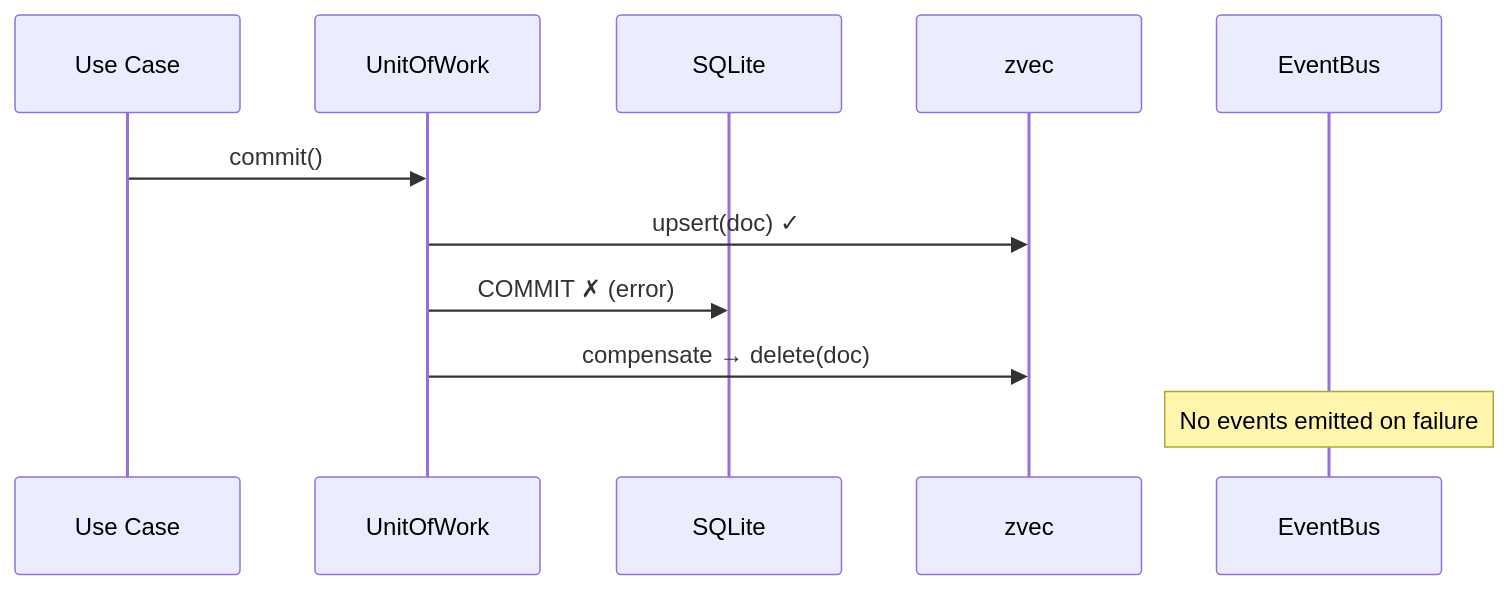
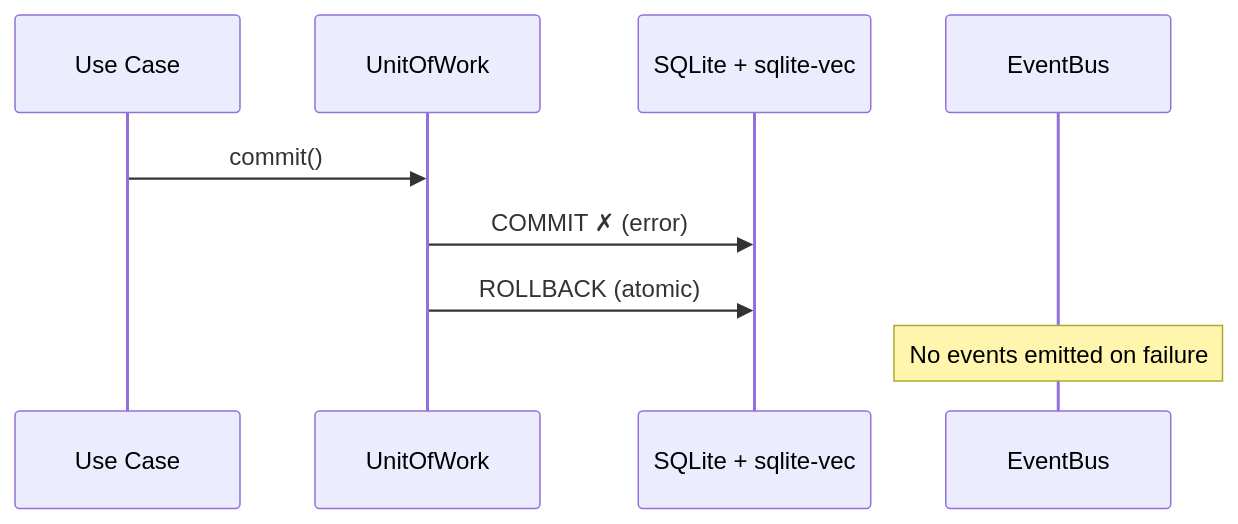
Before and after one commit to vukhanhtruong/flux: the fifth of 7 diagrams in docs/MESSAGE-FLOWS.md, drawn with Mermaid. The commit also changed other lines of this file and 18 other files, not shown here.

First line of the commit message:
docs: update all references from zvec to sqlite-vec

````diff
--- a/docs/MESSAGE-FLOWS.md
+++ b/docs/MESSAGE-FLOWS.md
@@ -172,15 +171,13 @@
 ```mermaid
 sequenceDiagram
     participant UC as Use Case
     participant UoW as UnitOfWork
-    participant SQLite
-    participant zvec
+    participant SQLite as SQLite + sqlite-vec
     participant EB as EventBus
 
     UC->>UoW: commit()
-    UoW->>zvec: upsert(doc) ✓
     UoW->>SQLite: COMMIT ✗ (error)
-    UoW->>zvec: compensate → delete(doc)
+    UoW->>SQLite: ROLLBACK (atomic)
 
     Note over EB: No events emitted on failure
 ```
````
